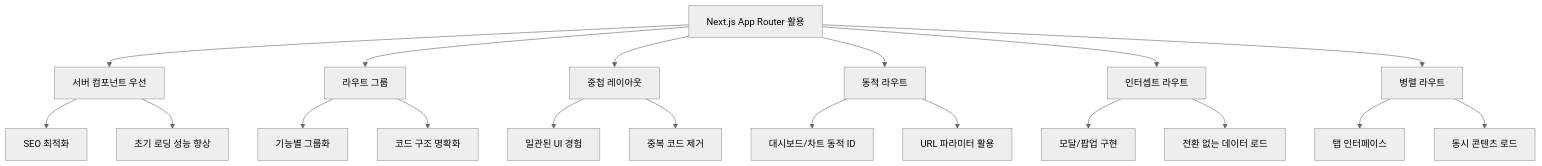
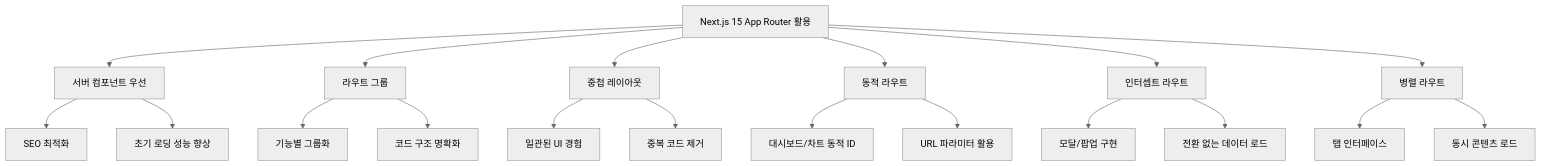
The first of 5 diagrams in frontend/routing.md (Seungwoo321/etorch-docs), drawn with Mermaid (neutral theme) before and after one commit. The commit also changed other lines of this file, not shown here.

````diff
--- a/frontend/routing.md
+++ b/frontend/routing.md
@@ -11,27 +11,27 @@
 ```mermaid
 flowchart TD
-    A[Next.js App Router 활용] --> B[서버 컴포넌트 우선]
+    A[Next.js 15 App Router 활용] --> B[서버 컴포넌트 우선]
     A --> C[라우트 그룹]
     A --> D[중첩 레이아웃]
     A --> E[동적 라우트]
     A --> F[인터셉트 라우트]
     A --> G[병렬 라우트]
     
     B --> B1[SEO 최적화]
     B --> B2[초기 로딩 성능 향상]
     
     C --> C1[기능별 그룹화]
     C --> C2[코드 구조 명확화]
     
     D --> D1[일관된 UI 경험]
     D --> D2[중복 코드 제거]
     
     E --> E1[대시보드/차트 동적 ID]
     E --> E2[URL 파라미터 활용]
     
     F --> F1[모달/팝업 구현]
     F --> F2[전환 없는 데이터 로드]
     
     G --> G1[탭 인터페이스]
     G --> G2[동시 콘텐츠 로드]
 ```
````
